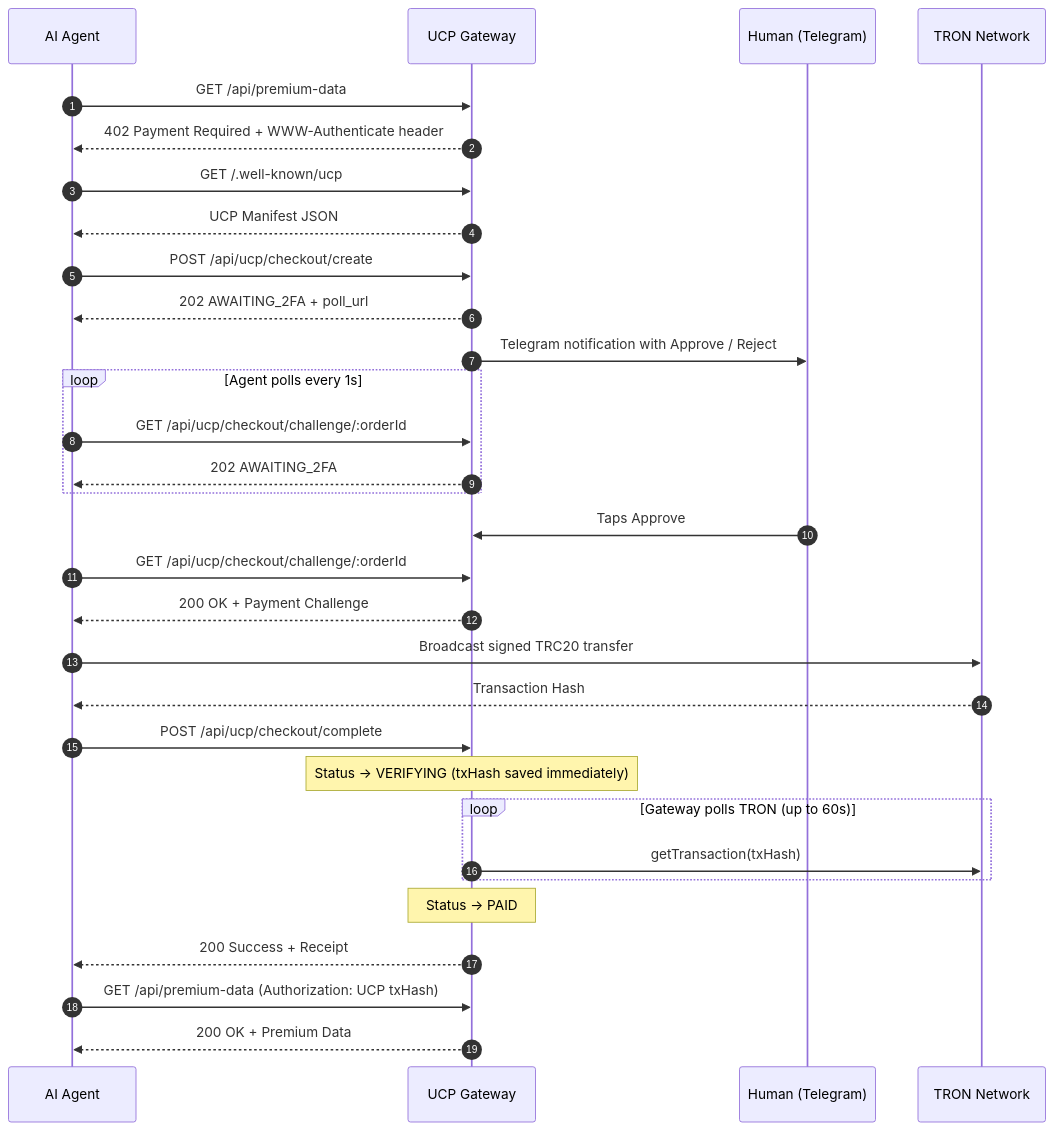
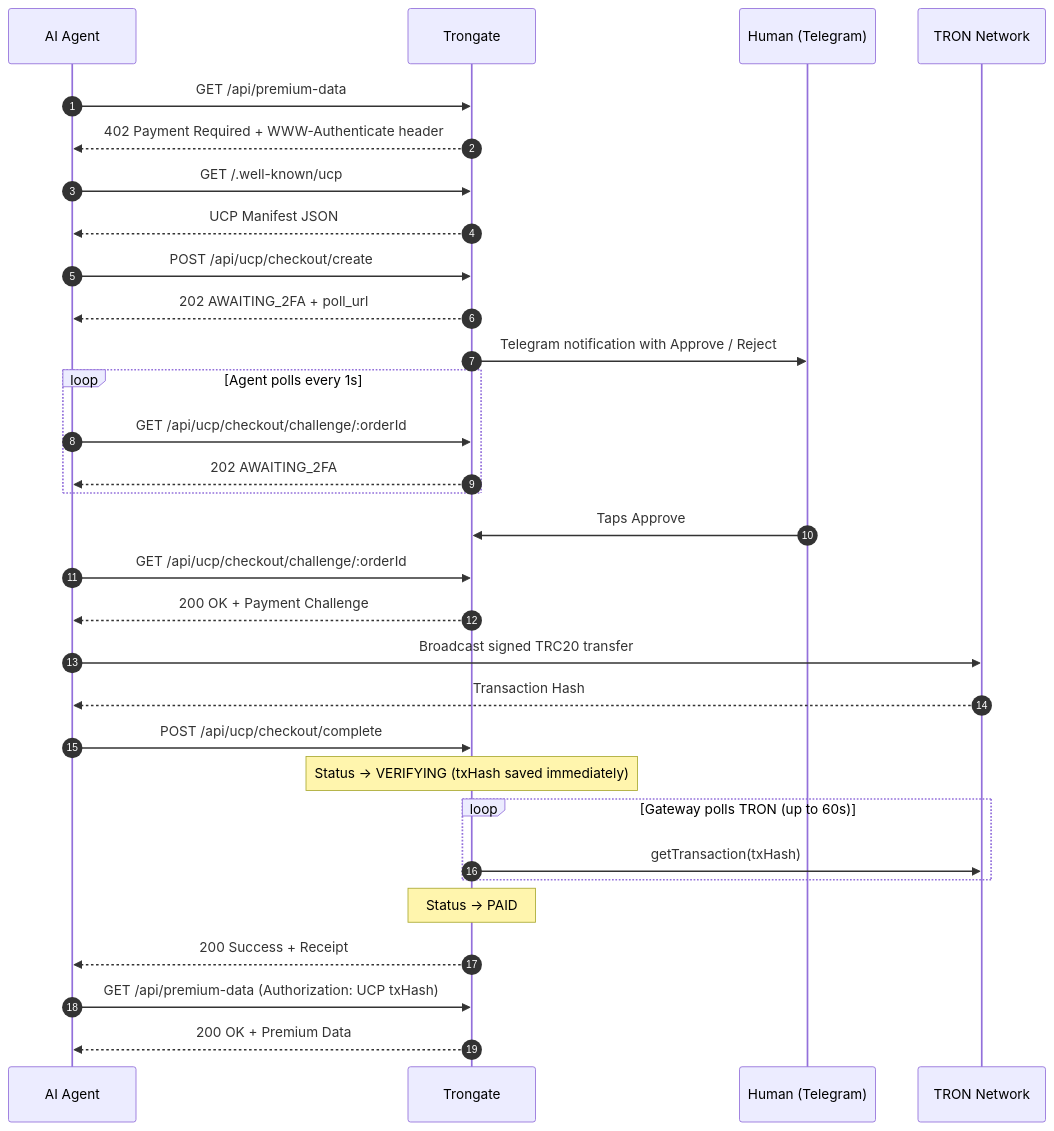
One commit to WaverAndrew/B-Penn26---Tron-UCP changed the second of 2 diagrams in README.md. Above: the diagram before and after it, drawn with Mermaid. The commit also changed other lines of this file and 6 other files, not shown here.

````diff
--- a/README.md
+++ b/README.md
@@ -227,43 +229,43 @@
 ```mermaid
 sequenceDiagram
     autonumber
     participant Agent as AI Agent
-    participant Gateway as UCP Gateway
+    participant Gateway as Trongate
     participant Human as Human (Telegram)
     participant TRON as TRON Network
 
     Agent->>Gateway: GET /api/premium-data
     Gateway-->>Agent: 402 Payment Required + WWW-Authenticate header
 
     Agent->>Gateway: GET /.well-known/ucp
     Gateway-->>Agent: UCP Manifest JSON
 
     Agent->>Gateway: POST /api/ucp/checkout/create
     Gateway-->>Agent: 202 AWAITING_2FA + poll_url
     Gateway->>Human: Telegram notification with Approve / Reject
 
     loop Agent polls every 1s
         Agent->>Gateway: GET /api/ucp/checkout/challenge/:orderId
         Gateway-->>Agent: 202 AWAITING_2FA
     end
 
     Human->>Gateway: Taps Approve
     Agent->>Gateway: GET /api/ucp/checkout/challenge/:orderId
     Gateway-->>Agent: 200 OK + Payment Challenge
 
     Agent->>TRON: Broadcast signed TRC20 transfer
     TRON-->>Agent: Transaction Hash
 
     Agent->>Gateway: POST /api/ucp/checkout/complete
     Note over Gateway: Status → VERIFYING (txHash saved immediately)
 
     loop Gateway polls TRON (up to 60s)
         Gateway->>TRON: getTransaction(txHash)
     end
 
     Note over Gateway: Status → PAID
     Gateway-->>Agent: 200 Success + Receipt
 
     Agent->>Gateway: GET /api/premium-data (Authorization: UCP txHash)
     Gateway-->>Agent: 200 OK + Premium Data
 ```
````
